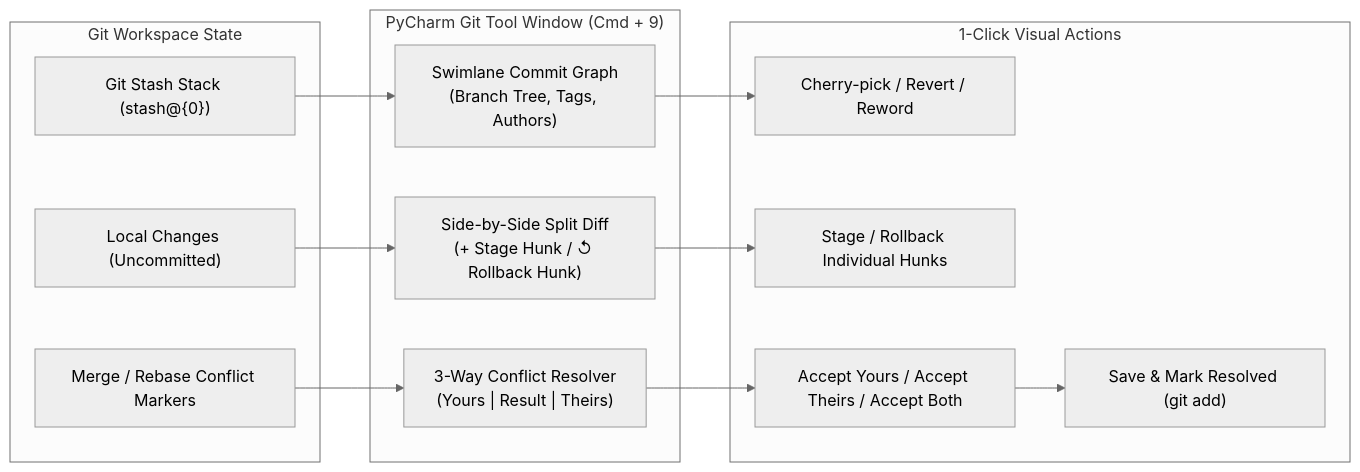
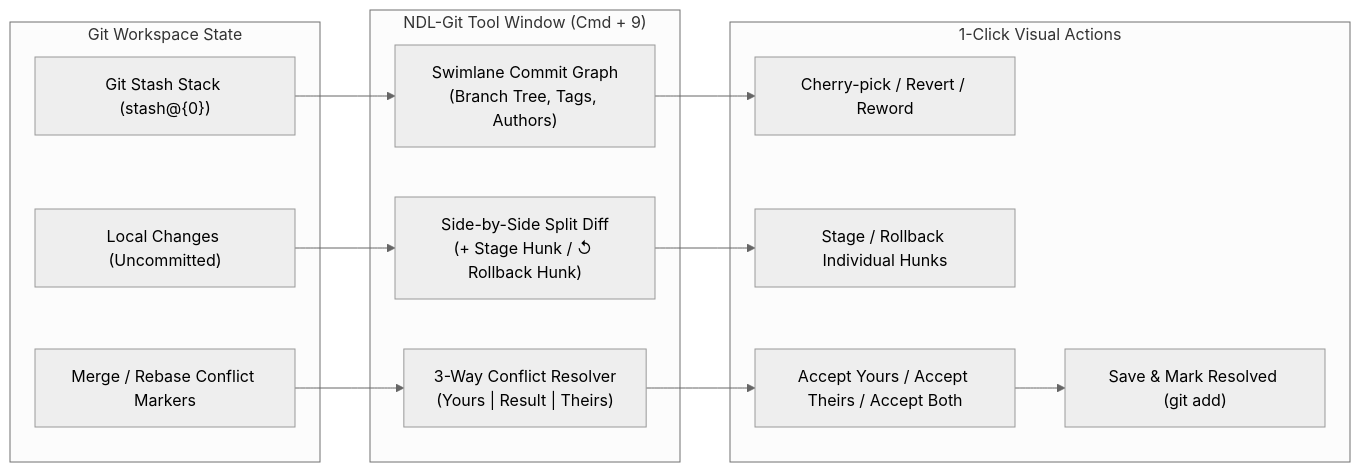
Before and after one commit to luongndcoder/paseo: the third of 3 diagrams in README.md, drawn with Mermaid (neutral theme). The commit also changed other lines of this file and 11 other files, not shown here.

Commit message:
feat(git): rename Git Tool Window to ndl-git (NDL-Git)

````diff
--- a/README.md
+++ b/README.md
@@ -168,29 +168,29 @@
 ```mermaid
 flowchart LR
     subgraph WorkingTree["Git Workspace State"]
         A["Local Changes (Uncommitted)"]
         B["Merge / Rebase Conflict Markers"]
         C["Git Stash Stack (stash@{0})"]
     end
 
-    subgraph PyCharmWindow["PyCharm Git Tool Window (Cmd + 9)"]
+    subgraph NdlGitWindow["NDL-Git Tool Window (Cmd + 9)"]
         Graph["Swimlane Commit Graph<br/>(Branch Tree, Tags, Authors)"]
         Split["Side-by-Side Split Diff<br/>(+ Stage Hunk / ↺ Rollback Hunk)"]
         Conflict["3-Way Conflict Resolver<br/>(Yours | Result | Theirs)"]
     end
 
     subgraph Actions["1-Click Visual Actions"]
         Act1["Cherry-pick / Revert / Reword"]
         Act2["Stage / Rollback Individual Hunks"]
         Act3["Accept Yours / Accept Theirs / Accept Both"]
         Act4["Save & Mark Resolved (git add)"]
     end
 
     A --> Split
     B --> Conflict
     C --> Graph
 
     Split --> Act2
     Conflict --> Act3 --> Act4
     Graph --> Act1
 ```
````
